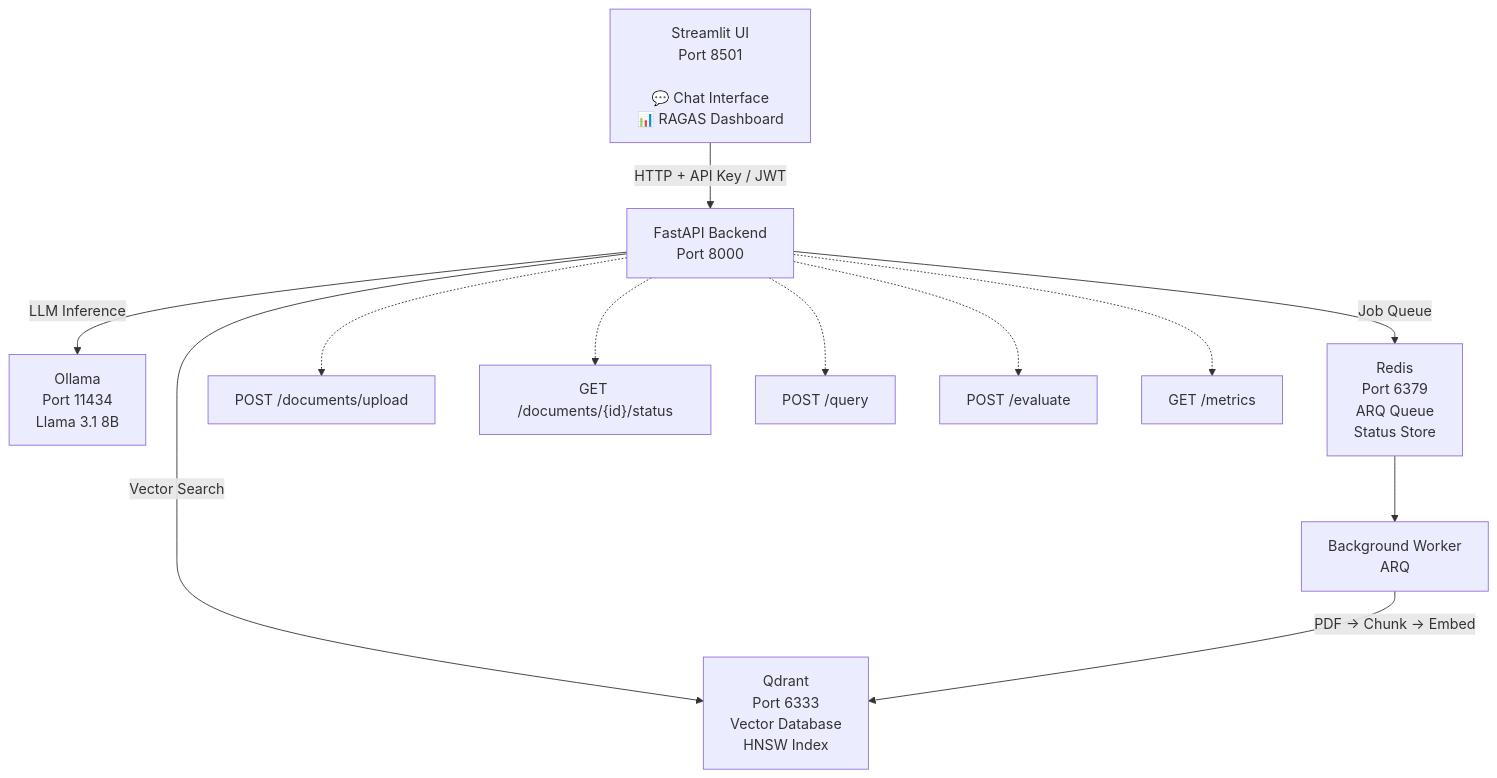
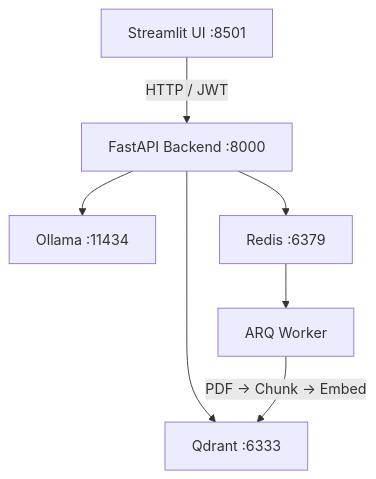
The first of 2 diagrams in README.md (HankersonRanceallen/Enterprise-RAG-Knowledge-Assistant), drawn with Mermaid before and after one commit.

````diff
--- a/README.md
+++ b/README.md
@@ -52,25 +54,16 @@
 ```mermaid
 flowchart TB
 
-    UI["Streamlit UI<br/>Port 8501<br/><br/>💬 Chat Interface<br/>📊 RAGAS Dashboard"]
+    Streamlit["Streamlit UI :8501"]
+    FastAPI["FastAPI Backend :8000"]
 
-    API["FastAPI Backend<br/>Port 8000"]
+    Streamlit -->|"HTTP / JWT"| FastAPI
 
-    UI -->|"HTTP + API Key / JWT"| API
+    FastAPI --> Qdrant["Qdrant :6333"]
+    FastAPI --> Ollama["Ollama :11434"]
+    FastAPI --> Redis["Redis :6379"]
 
-    API -->|"Vector Search"| QDRANT["Qdrant<br/>Port 6333<br/>Vector Database<br/>HNSW Index"]
+    Redis --> Worker["ARQ Worker"]
 
-    API -->|"LLM Inference"| OLLAMA["Ollama<br/>Port 11434<br/>Llama 3.1 8B"]
-
-    API -->|"Job Queue"| REDIS["Redis<br/>Port 6379<br/>ARQ Queue<br/>Status Store"]
-
-    REDIS --> WORKER["Background Worker<br/>ARQ"]
-
-    WORKER -->|"PDF → Chunk → Embed"| QDRANT
-
-    API -.-> UPLOAD["POST /documents/upload"]
-    API -.-> STATUS["GET /documents/{id}/status"]
-    API -.-> QUERY["POST /query"]
-    API -.-> EVAL["POST /evaluate"]
-    API -.-> METRICS["GET /metrics"]
+    Worker -->|"PDF -> Chunk -> Embed"| Qdrant
 ```
````
